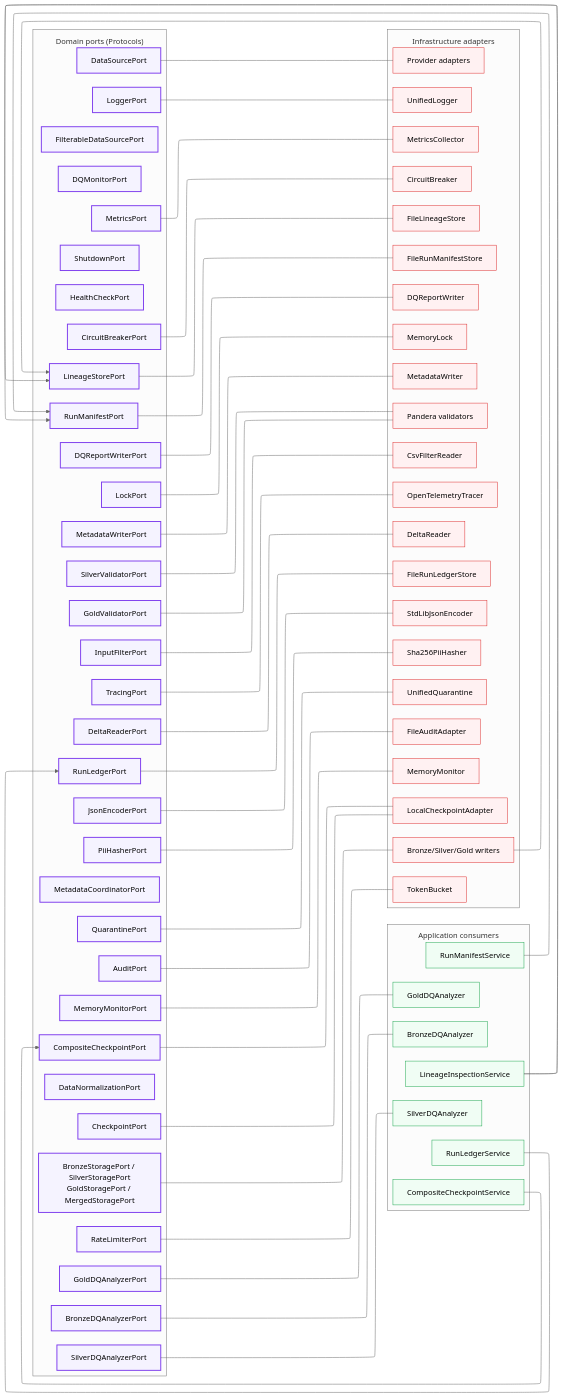
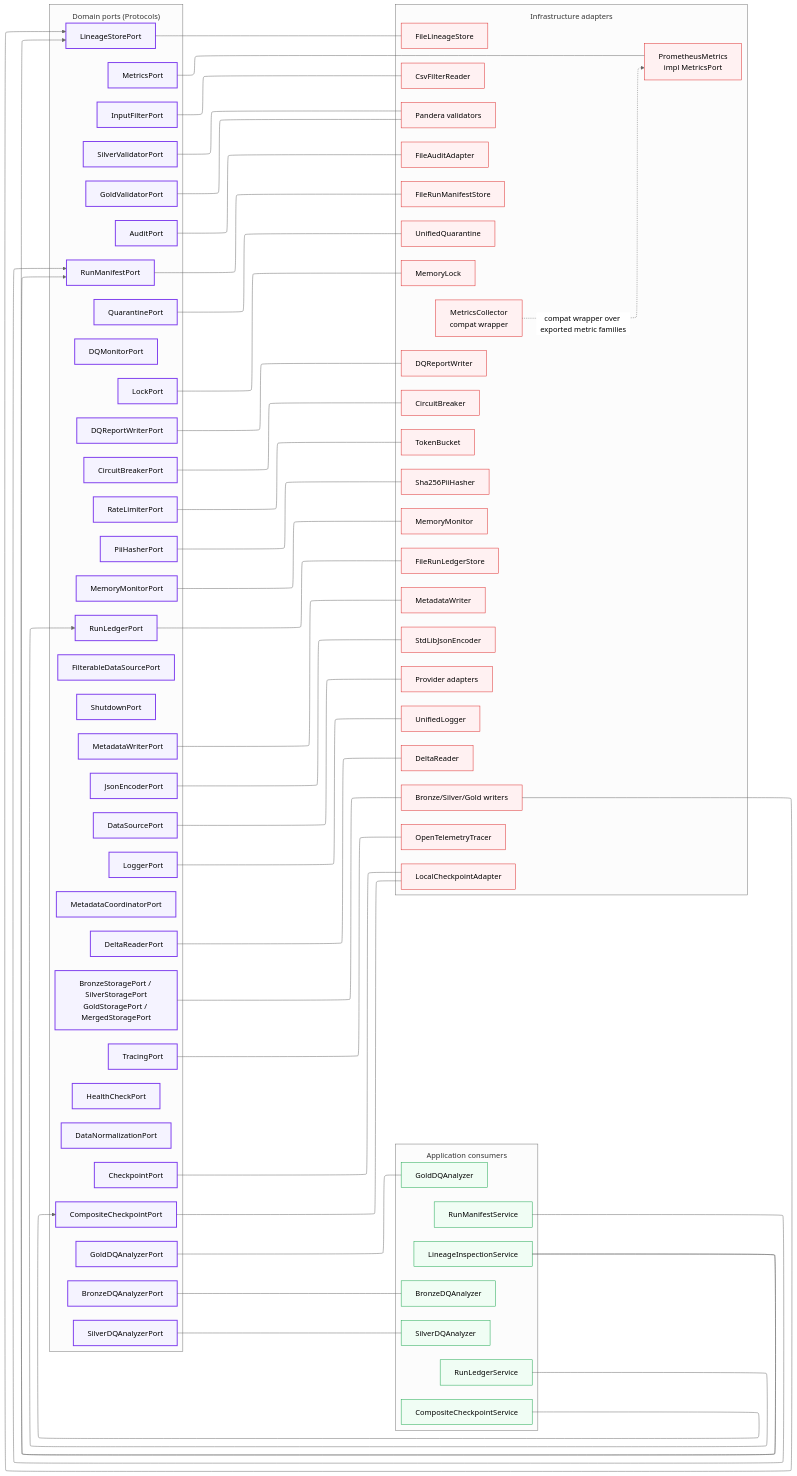
Before and after one commit to SatoryKono/BioactivityDataAcquisition: the diagram in docs/02-architecture/diagrams/architecture/13-port-protocol-contracts.mmd, drawn with Mermaid (neutral theme). The commit also changed 24 other files, not shown here.

```diff
--- a/docs/02-architecture/diagrams/architecture/13-port-protocol-contracts.mmd
+++ b/docs/02-architecture/diagrams/architecture/13-port-protocol-contracts.mmd
@@ -1,138 +1,142 @@
 %% BioETL — Port/Protocol Contracts (Full Map)
 %% Domain ports mapped to their current application consumers and infrastructure adapters.
+%% keep-orphan ports (FDSP, HCP, MCP, DNP, DQMP, SHP) are declared domain Protocols
+%% without a bound consumer/adapter in any view yet; detail lives in 13a–13f/13i.
 
 %% @version 1.1.0
 %% @date    2026-09-03
 %% @type    flowchart
 %% @level   System / Component
-%% @nodes   48
+%% @nodes   49
 %% @reference  Decomposed into 13a, 13b, 13c, 13d, 13e, 13f sub-diagrams
 %% Legend: docs/02-architecture/diagrams/views/00-legend.mermaid
 
 %%{init: {
   'flowchart': {
     'subGraphTitleMargin': { 'top': 12, 'bottom': 12 }
   },
   'layout': 'elk',
   'elk': {
     'mergeEdges': true,
     'nodePlacementStrategy': 'BRANDES_KOEPF',
     'edgeRouting': 'ORTHOGONAL'
   }
 }}%%
 %% @uniform width=232 height=56 max_title_len=24 max_desc_lines=0
 graph LR
 %% keep-orphan: FDSP, HCP, MCP, DNP, DQMP, SHP
     subgraph Domain["Domain ports (Protocols)"]
         DSP["DataSourcePort"]:::size-sm
         FDSP["FilterableDataSourcePort"]:::size-sm
         STP["BronzeStoragePort / SilverStoragePort<br/>GoldStoragePort / MergedStoragePort"]:::size-sm
         LKP["LockPort"]:::size-sm
         CKP["CheckpointPort"]:::size-sm
         CCP["CompositeCheckpointPort"]:::size-sm
         QRP["QuarantinePort"]:::size-sm
         ADP["AuditPort"]:::size-sm
         LGP["LoggerPort"]:::size-sm
         MTP["MetricsPort"]:::size-sm
         TRP["TracingPort"]:::size-sm
         CBP["CircuitBreakerPort"]:::size-sm
         RLP["RateLimiterPort"]:::size-sm
         SVP["SilverValidatorPort"]:::size-sm
         GVP["GoldValidatorPort"]:::size-sm
         HCP["HealthCheckPort"]:::size-sm
         PIIP["PiiHasherPort"]:::size-sm
         MWP["MetadataWriterPort"]:::size-sm
         MCP["MetadataCoordinatorPort"]:::size-sm
         DNP["DataNormalizationPort"]:::size-sm
         DRP["DeltaReaderPort"]:::size-sm
         IFP["InputFilterPort"]:::size-sm
         DQMP["DQMonitorPort"]:::size-sm
         BDQP["BronzeDQAnalyzerPort"]:::size-sm
         SDQP["SilverDQAnalyzerPort"]:::size-sm
         GDQP["GoldDQAnalyzerPort"]:::size-sm
         DQRWP["DQReportWriterPort"]:::size-sm
         JEP["JsonEncoderPort"]:::size-sm
         MMP["MemoryMonitorPort"]:::size-sm
         SHP["ShutdownPort"]:::size-sm
         RMP["RunManifestPort"]:::size-sm
         RLP2["RunLedgerPort"]:::size-sm
         LSP["LineageStorePort"]:::size-sm
     end
 
     subgraph Application["Application consumers"]
         BDA["BronzeDQAnalyzer"]:::size-sm
         SDA["SilverDQAnalyzer"]:::size-sm
         GDA["GoldDQAnalyzer"]:::size-sm
         RMS["RunManifestService"]:::size-sm
         RLS["RunLedgerService"]:::size-sm
         LIS["LineageInspectionService"]:::size-sm
         CCS["CompositeCheckpointService"]:::size-sm
     end
 
     subgraph Infrastructure["Infrastructure adapters"]
         CA["Provider adapters"]:::size-sm
         BW["Bronze/Silver/Gold writers"]:::size-sm
         ML["MemoryLock"]:::size-sm
         LC["LocalCheckpointAdapter"]:::size-sm
         UQ["UnifiedQuarantine"]:::size-sm
         FA["FileAuditAdapter"]:::size-sm
         UL["UnifiedLogger"]:::size-sm
-        MCO["MetricsCollector"]:::size-sm
+        MCO["MetricsCollector<br/>compat wrapper"]:::size-sm
+        PME["PrometheusMetrics<br/>impl MetricsPort"]:::size-sm
         OTT["OpenTelemetryTracer"]:::size-sm
         CB["CircuitBreaker"]:::size-sm
         TB_I["TokenBucket"]:::size-sm
         PSV["Pandera validators"]:::size-sm
         SPH["Sha256PiiHasher"]:::size-sm
         MW_I["MetadataWriter"]:::size-sm
         DR_I["DeltaReader"]:::size-sm
         CSVR["CsvFilterReader"]:::size-sm
         DQRW_I["DQReportWriter"]:::size-sm
         SJE["StdLibJsonEncoder"]:::size-sm
         MMGR["MemoryMonitor"]:::size-sm
         FRM["FileRunManifestStore"]:::size-sm
         FRL["FileRunLedgerStore"]:::size-sm
         FLS["FileLineageStore"]:::size-sm
     end
 
     DSP --- CA
     STP --- BW
     LKP --- ML
     CKP --- LC
     CCP --- LC
     QRP --- UQ
     ADP --- FA
     LGP --- UL
-    MTP --- MCO
+    MTP --- PME
+    MCO -.compat wrapper over exported metric families.-> PME
     TRP --- OTT
     CBP --- CB
     RLP --- TB_I
     SVP --- PSV
     GVP --- PSV
     PIIP --- SPH
     MWP --- MW_I
     DRP --- DR_I
     IFP --- CSVR
     DQRWP --- DQRW_I
     JEP --- SJE
     MMP --- MMGR
     RMP --- FRM
     RLP2 --- FRL
     LSP --- FLS
 
     BDQP --- BDA
     SDQP --- SDA
     GDQP --- GDA
     RMS --> RMP
     RLS --> RLP2
     LIS --> LSP
     LIS --> RMP
     CCS --> CCP
     BW --> LSP
 
     classDef port fill:#f5f3ff,stroke:#7c3aed,stroke-width:2px
     classDef infra fill:#fff1f2,stroke:#dc2626
     classDef app fill:#f0fdf4,stroke:#16a34a
 
     class DSP,FDSP,STP,LKP,CKP,CCP,QRP,ADP,LGP,MTP,TRP,CBP,RLP,SVP,GVP,HCP,PIIP,MWP,MCP,DNP,DRP,IFP,DQMP,BDQP,SDQP,GDQP,DQRWP,JEP,MMP,SHP,RMP,RLP2,LSP port
-    class CA,BW,ML,LC,UQ,FA,UL,MCO,OTT,CB,TB_I,PSV,SPH,MW_I,DR_I,CSVR,DQRW_I,SJE,MMGR,FRM,FRL,FLS infra
+    class CA,BW,ML,LC,UQ,FA,UL,MCO,PME,OTT,CB,TB_I,PSV,SPH,MW_I,DR_I,CSVR,DQRW_I,SJE,MMGR,FRM,FRL,FLS infra
     class BDA,SDA,GDA,RMS,RLS,LIS,CCS app
```
